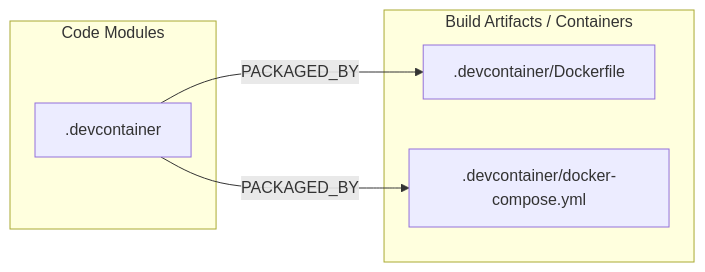
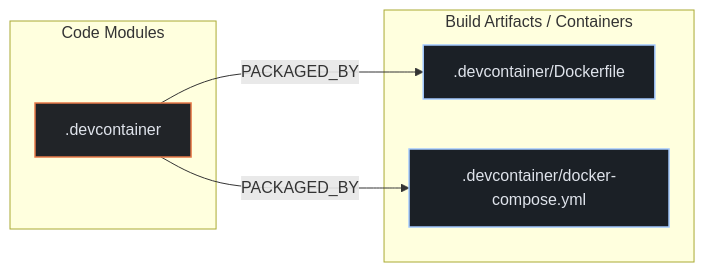
Before and after one commit to kumarshaz/atruss-code-atlas: the second of 3 diagrams in exports/latest/reports/saleor-saleor-app-template-report.md, drawn with Mermaid. The commit also changed other lines of this file and 331 other files, not shown here.

Commit message:
docs,ui,fix: update SDLC docs, reorder CI/CD DAG first, stylize Mermaid, and fix Arc42 pipeline topology

````diff
--- a/exports/latest/reports/saleor-saleor-app-template-report.md
+++ b/exports/latest/reports/saleor-saleor-app-template-report.md
@@ -141,12 +148,16 @@
 ```mermaid
 flowchart LR
+    classDef atlasCategory fill:#212428,stroke:#E87A48,stroke-width:1.5px,color:#dfe3eb
+    classDef atlasWorkflow fill:#1b2026,stroke:#a3c9ff,stroke-width:1.5px,color:#dfe3eb
+    classDef atlasJob fill:#171c22,stroke:#8d9199,stroke-width:1px,color:#dfe3eb
+    classDef atlasTarget fill:#005227,stroke:#8bd99b,stroke-width:1.5px,color:#a7f6b6
     subgraph code_modules["Code Modules"]
-        mod__devcontainer[".devcontainer"]
+        mod__devcontainer[".devcontainer"]:::atlasCategory
     end
     subgraph build_artifacts["Build Artifacts / Containers"]
-        art__devcontainer_Dockerfile[".devcontainer/Dockerfile"]
-        art__devcontainer_docker_compose_yml[".devcontainer/docker-compose.yml"]
+        art__devcontainer_Dockerfile[".devcontainer/Dockerfile"]:::atlasWorkflow
+        art__devcontainer_docker_compose_yml[".devcontainer/docker-compose.yml"]:::atlasWorkflow
     end
     mod__devcontainer -->|PACKAGED_BY| art__devcontainer_Dockerfile
     mod__devcontainer -->|PACKAGED_BY| art__devcontainer_docker_compose_yml
 ```
````
